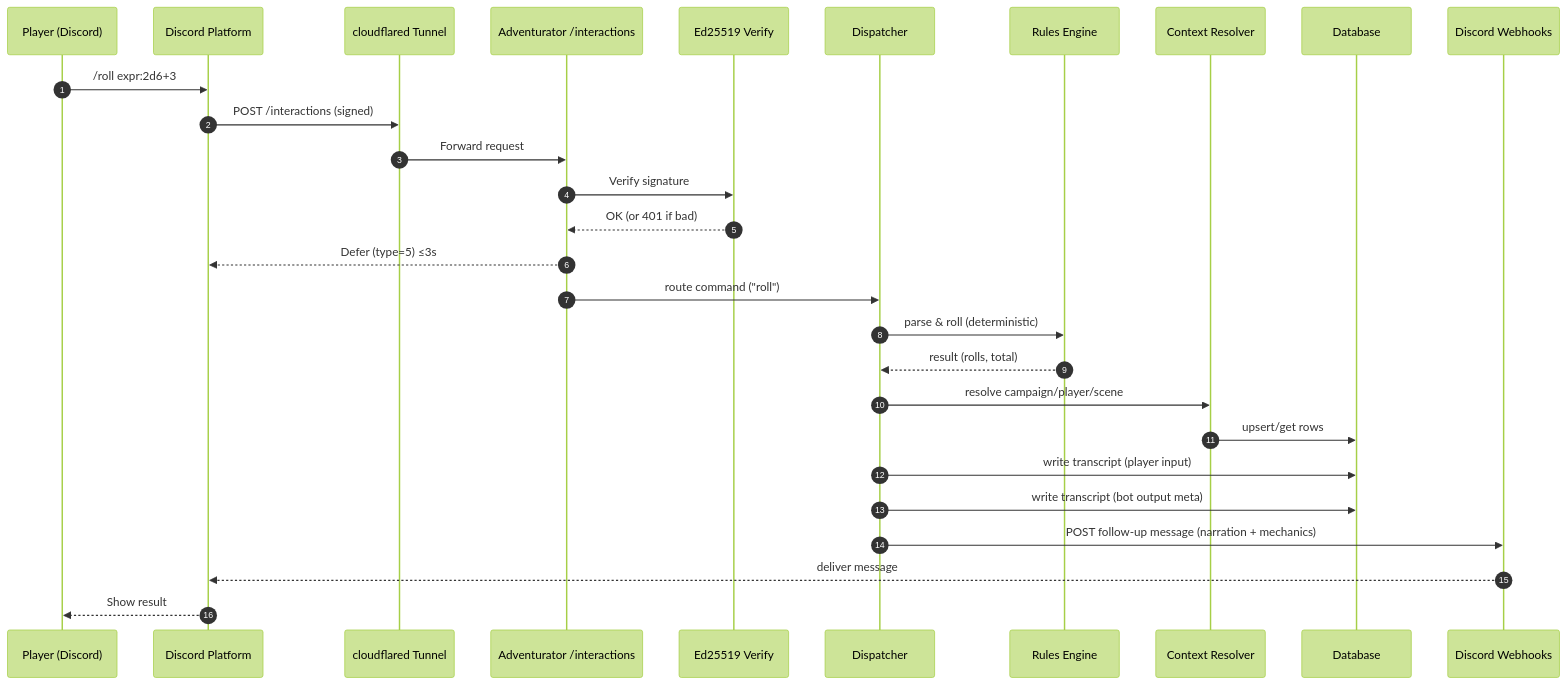
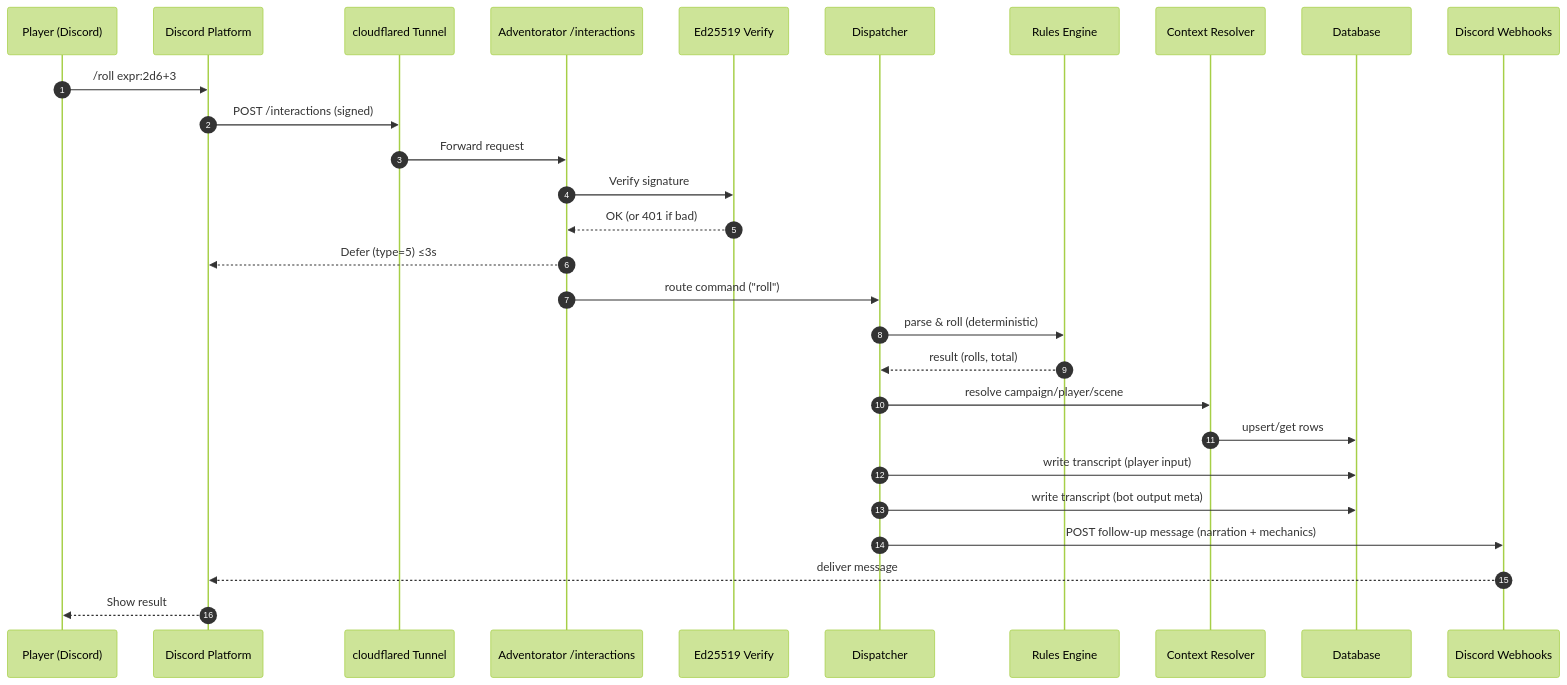
Before and after one commit to crashtestbrandt/Adventurator: the second of 2 diagrams in README.md, drawn with Mermaid (forest theme). The commit also changed other lines of this file and 13 other files, not shown here.

````diff
--- a/README.md
+++ b/README.md
@@ -127,36 +127,36 @@
 ```mermaid
 sequenceDiagram
   autonumber
   participant User as Player (Discord)
   participant Discord as Discord Platform
   participant CF as cloudflared Tunnel
-  participant API as Adventurator /interactions
+  participant API as Adventorator /interactions
   participant SIG as Ed25519 Verify
   participant DISP as Dispatcher
   participant RULES as Rules Engine
   participant CTX as Context Resolver
   participant DB as Database
   participant WH as Discord Webhooks
 
   User->>Discord: /roll expr:2d6+3
   Discord->>CF: POST /interactions (signed)
   CF->>API: Forward request
   API->>SIG: Verify signature
   SIG-->>API: OK (or 401 if bad)
 
   API-->>Discord: Defer (type=5) ≤3s
 
   API->>DISP: route command ("roll")
   DISP->>RULES: parse & roll (deterministic)
   RULES-->>DISP: result (rolls, total)
 
   %% Phase 2 logging & context (optional for Phase 0/1)
   DISP->>CTX: resolve campaign/player/scene
   CTX->>DB: upsert/get rows
   DISP->>DB: write transcript (player input)
   DISP->>DB: write transcript (bot output meta)
 
   DISP->>WH: POST follow-up message (narration + mechanics)
   WH-->>Discord: deliver message
   Discord-->>User: Show result
 ```
````
